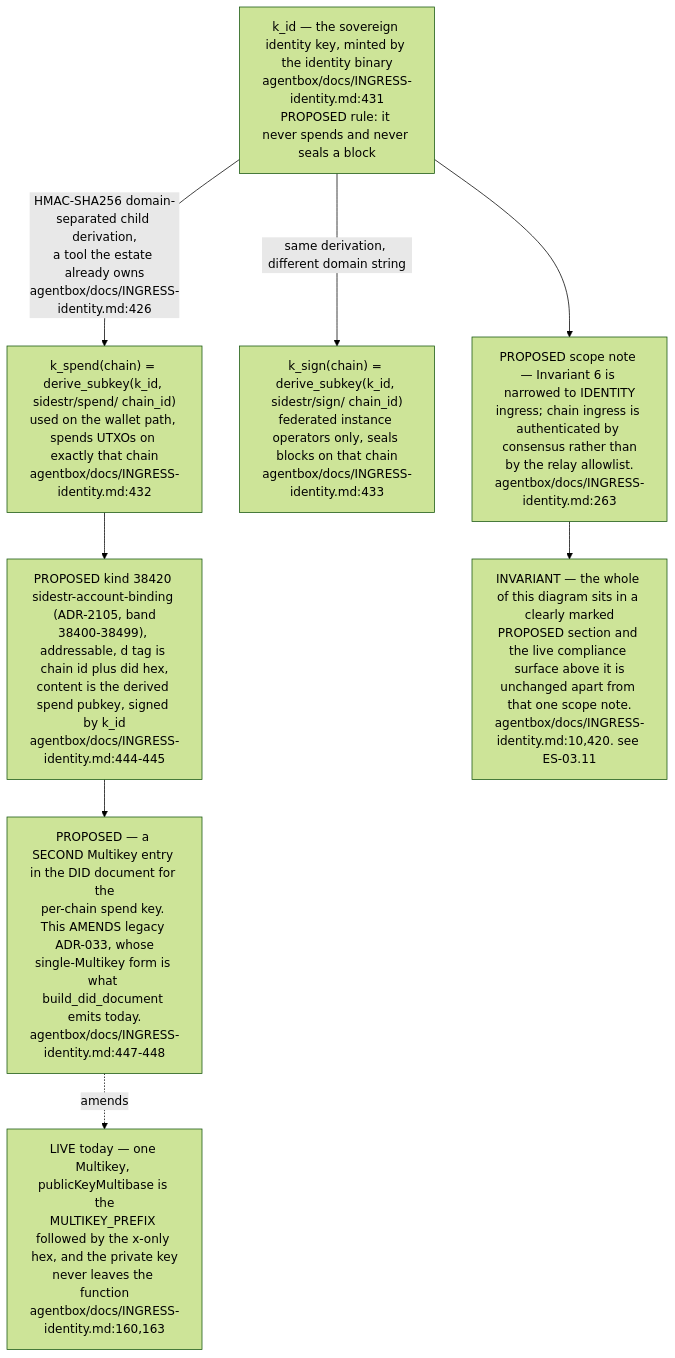
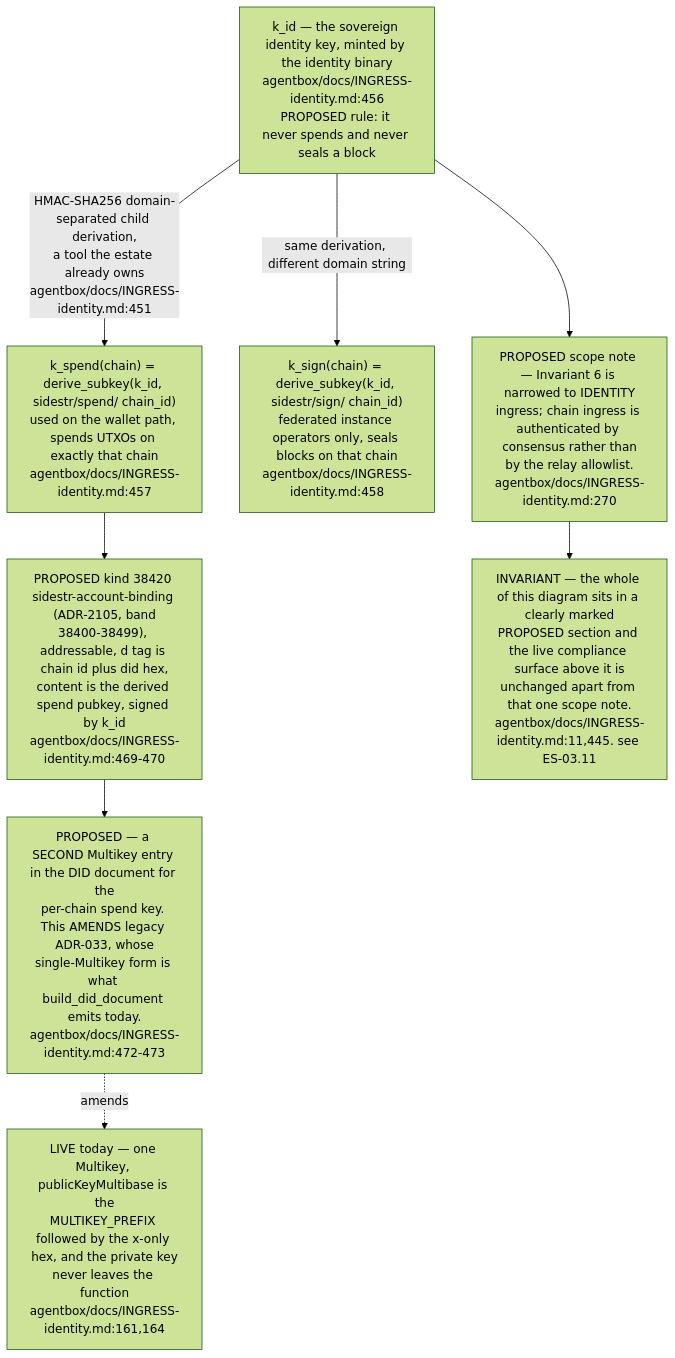
Before and after one commit to DreamLab-AI/VisionFlow: the sixth of 6 diagrams in docs/diagrams/estate/04-identity-mesh-did-nostr.md, drawn with Mermaid (forest theme). The commit also changed other lines of this file and 111 other files, not shown here.

Commit message:
docs(diagrams): align estate maps with current source

````diff
--- a/docs/diagrams/estate/04-identity-mesh-did-nostr.md
+++ b/docs/diagrams/estate/04-identity-mesh-did-nostr.md
@@ -256,25 +257,25 @@
 ```mermaid
 flowchart TB
-    KID["k_id — the sovereign identity key, minted by the identity binary<br/>agentbox/docs/INGRESS-identity.md:431<br/>PROPOSED rule: it never spends and never seals a block"]
+    KID["k_id — the sovereign identity key, minted by the identity binary<br/>agentbox/docs/INGRESS-identity.md:456<br/>PROPOSED rule: it never spends and never seals a block"]
 
-    SPEND["k_spend(chain) = derive_subkey(k_id, sidestr/spend/ chain_id)<br/>used on the wallet path, spends UTXOs on exactly that chain<br/>agentbox/docs/INGRESS-identity.md:432"]
-    SIGN["k_sign(chain) = derive_subkey(k_id, sidestr/sign/ chain_id)<br/>federated instance operators only, seals blocks on that chain<br/>agentbox/docs/INGRESS-identity.md:433"]
+    SPEND["k_spend(chain) = derive_subkey(k_id, sidestr/spend/ chain_id)<br/>used on the wallet path, spends UTXOs on exactly that chain<br/>agentbox/docs/INGRESS-identity.md:457"]
+    SIGN["k_sign(chain) = derive_subkey(k_id, sidestr/sign/ chain_id)<br/>federated instance operators only, seals blocks on that chain<br/>agentbox/docs/INGRESS-identity.md:458"]
 
-    KID -->|"HMAC-SHA256 domain-separated child derivation,<br/>a tool the estate already owns<br/>agentbox/docs/INGRESS-identity.md:426"| SPEND
+    KID -->|"HMAC-SHA256 domain-separated child derivation,<br/>a tool the estate already owns<br/>agentbox/docs/INGRESS-identity.md:451"| SPEND
     KID -->|"same derivation, different domain string"| SIGN
 
-    BIND["PROPOSED kind 38420 sidestr-account-binding (ADR-2105, band<br/>38400-38499), addressable, d tag is chain id plus did hex,<br/>content is the derived spend pubkey, signed by k_id<br/>agentbox/docs/INGRESS-identity.md:444-445"]
+    BIND["PROPOSED kind 38420 sidestr-account-binding (ADR-2105, band<br/>38400-38499), addressable, d tag is chain id plus did hex,<br/>content is the derived spend pubkey, signed by k_id<br/>agentbox/docs/INGRESS-identity.md:469-470"]
     SPEND --> BIND
 
-    MK["PROPOSED — a SECOND Multikey entry in the DID document for the<br/>per-chain spend key. This AMENDS legacy ADR-033, whose<br/>single-Multikey form is what build_did_document emits today.<br/>agentbox/docs/INGRESS-identity.md:447-448"]
+    MK["PROPOSED — a SECOND Multikey entry in the DID document for the<br/>per-chain spend key. This AMENDS legacy ADR-033, whose<br/>single-Multikey form is what build_did_document emits today.<br/>agentbox/docs/INGRESS-identity.md:472-473"]
     BIND --> MK
 
-    LIVE["LIVE today — one Multikey, publicKeyMultibase is the<br/>MULTIKEY_PREFIX followed by the x-only hex, and the private key<br/>never leaves the function<br/>agentbox/docs/INGRESS-identity.md:160,163"]
+    LIVE["LIVE today — one Multikey, publicKeyMultibase is the<br/>MULTIKEY_PREFIX followed by the x-only hex, and the private key<br/>never leaves the function<br/>agentbox/docs/INGRESS-identity.md:161,164"]
     MK -.->|"amends"| LIVE
 
-    SCOPE["PROPOSED scope note — Invariant 6 is narrowed to IDENTITY<br/>ingress; chain ingress is authenticated by consensus rather than<br/>by the relay allowlist.<br/>agentbox/docs/INGRESS-identity.md:263"]
+    SCOPE["PROPOSED scope note — Invariant 6 is narrowed to IDENTITY<br/>ingress; chain ingress is authenticated by consensus rather than<br/>by the relay allowlist.<br/>agentbox/docs/INGRESS-identity.md:270"]
     KID --> SCOPE
 
-    INV["INVARIANT — the whole of this diagram sits in a clearly marked<br/>PROPOSED section and the live compliance surface above it is<br/>unchanged apart from that one scope note.<br/>agentbox/docs/INGRESS-identity.md:10,420. see ES-03.11"]
+    INV["INVARIANT — the whole of this diagram sits in a clearly marked<br/>PROPOSED section and the live compliance surface above it is<br/>unchanged apart from that one scope note.<br/>agentbox/docs/INGRESS-identity.md:11,445. see ES-03.11"]
     SCOPE --> INV
 ```
````
